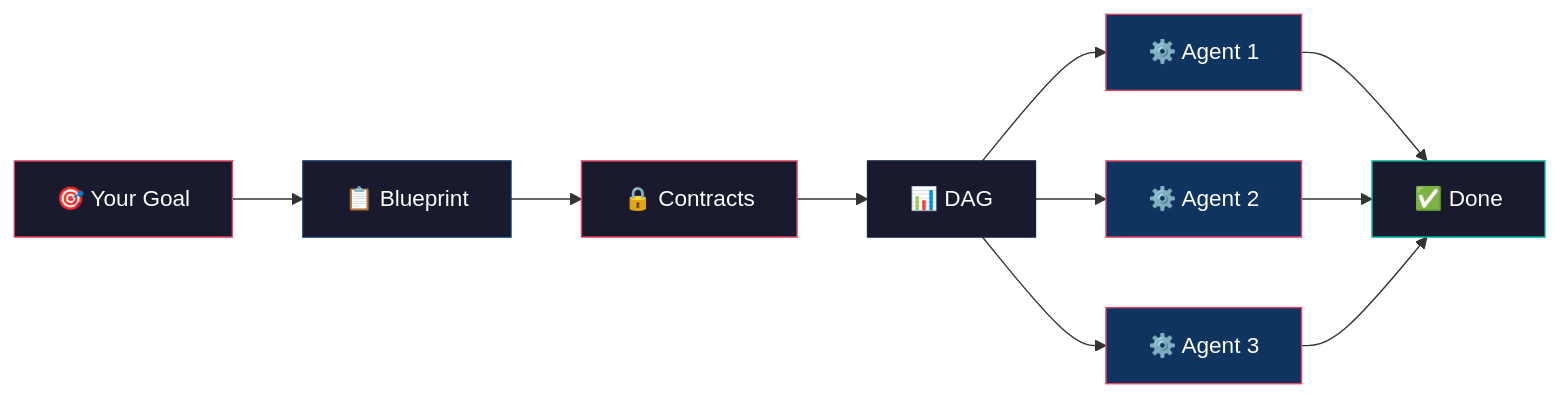
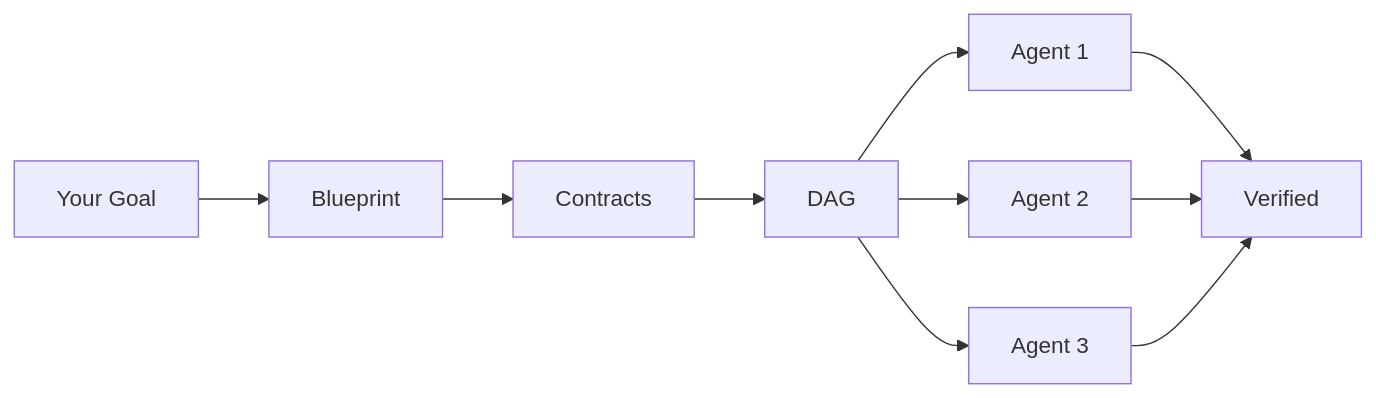
One commit to mir-makeitreal/makeitreal changed the first of 3 diagrams in README.md. Above: the diagram before and after it, drawn with Mermaid. The commit also changed other lines of this file and 19 other files, not shown here.

````diff
--- a/README.md
+++ b/README.md
@@ -64,21 +91,12 @@
 ```mermaid
 flowchart LR
-    A["🎯 Your Goal"] --> B["📋 Blueprint"]
-    B --> C["🔒 Contracts"]
-    C --> D["📊 DAG"]
-    D --> E1["⚙️ Agent 1"]
-    D --> E2["⚙️ Agent 2"]
-    D --> E3["⚙️ Agent 3"]
-    E1 --> F["✅ Done"]
+    A["Your Goal"] --> B["Blueprint"]
+    B --> C["Contracts"]
+    C --> D["DAG"]
+    D --> E1["Agent 1"]
+    D --> E2["Agent 2"]
+    D --> E3["Agent 3"]
+    E1 --> F["Verified"]
     E2 --> F
     E3 --> F
-
-    style A fill:#1a1a2e,stroke:#e94560,color:#fff
-    style B fill:#1a1a2e,stroke:#0f3460,color:#fff
-    style C fill:#1a1a2e,stroke:#e94560,color:#fff
-    style D fill:#1a1a2e,stroke:#16213e,color:#fff
-    style E1 fill:#0f3460,stroke:#e94560,color:#fff
-    style E2 fill:#0f3460,stroke:#e94560,color:#fff
-    style E3 fill:#0f3460,stroke:#e94560,color:#fff
-    style F fill:#1a1a2e,stroke:#00b894,color:#fff
 ```
````
